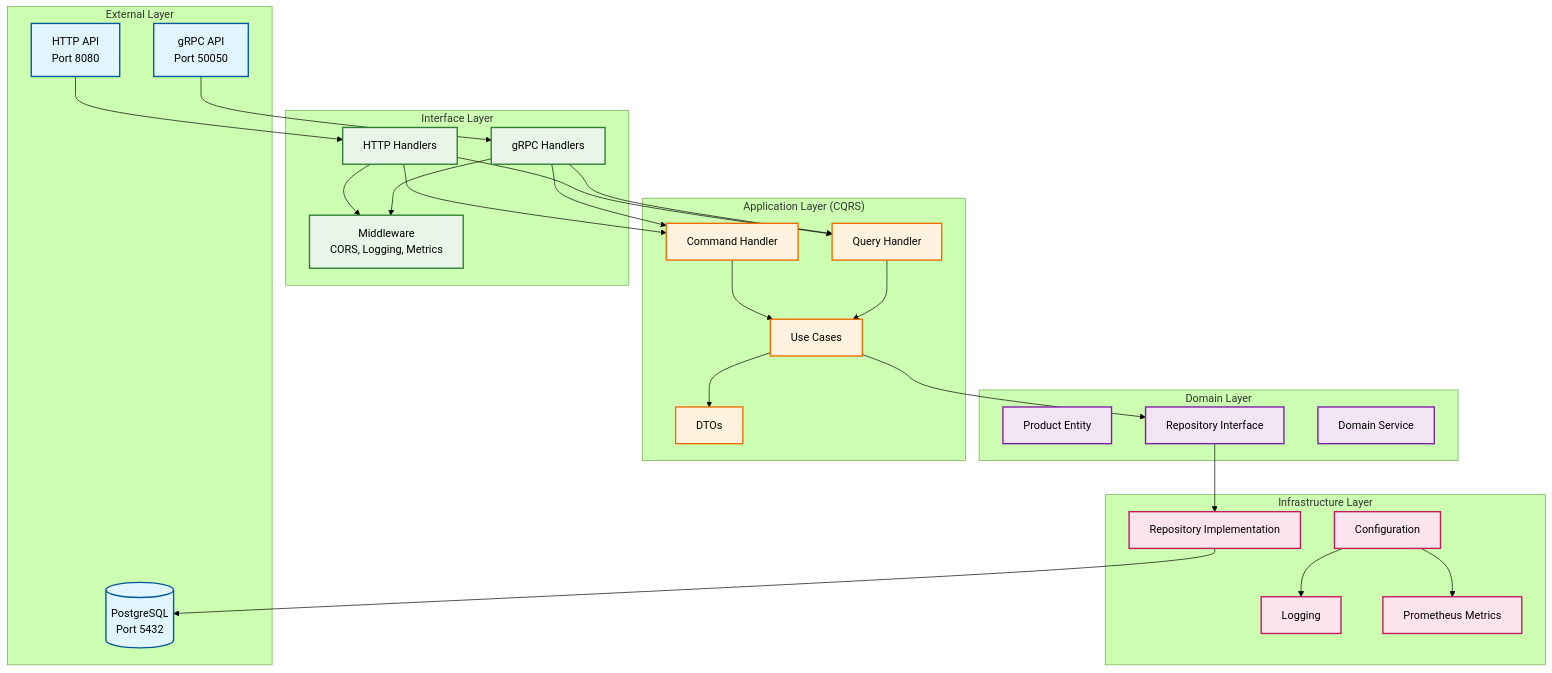
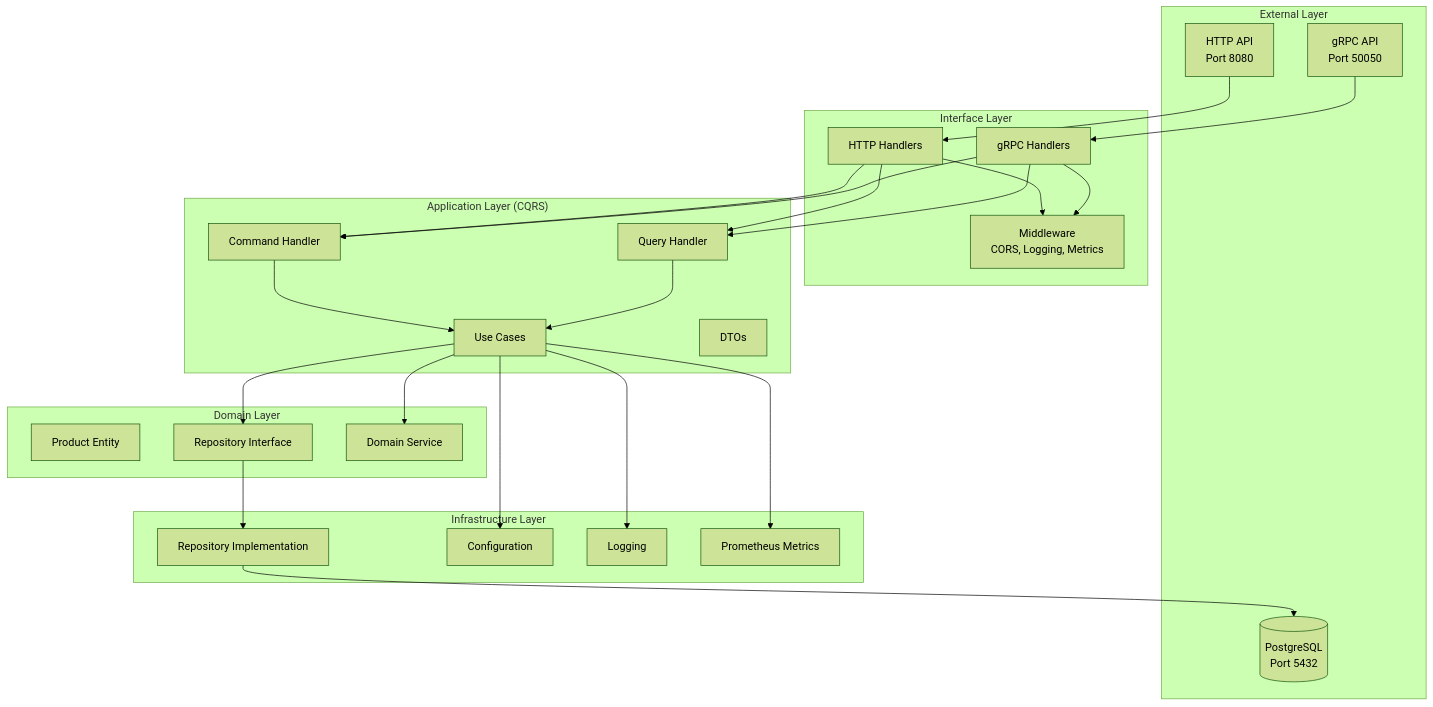
One commit to ozturkeniss/obs-tools-usage changed the second of 3 diagrams in README.md. Above: the diagram before and after it, drawn with Mermaid (forest theme). The commit also changed other lines of this file, not shown here.

First line of the commit message:
Enhance README.md with detailed architecture and API information

````diff
--- a/README.md
+++ b/README.md
@@ -15,67 +31,56 @@
 ```mermaid
 graph TB
     subgraph "External Layer"
         HTTP[HTTP API<br/>Port 8080]
         GRPC[gRPC API<br/>Port 50050]
         DB[(PostgreSQL<br/>Port 5432)]
     end
     
     subgraph "Interface Layer"
         HTTPHandler[HTTP Handlers]
         GRPCHandler[gRPC Handlers]
         Middleware[Middleware<br/>CORS, Logging, Metrics]
     end
     
     subgraph "Application Layer (CQRS)"
         CommandHandler[Command Handler]
         QueryHandler[Query Handler]
         UseCase[Use Cases]
         DTO[DTOs]
     end
     
     subgraph "Domain Layer"
         Entity[Product Entity]
         Repository[Repository Interface]
         DomainService[Domain Service]
     end
     
     subgraph "Infrastructure Layer"
         RepoImpl[Repository Implementation]
         Config[Configuration]
         Logger[Logging]
         Metrics[Prometheus Metrics]
     end
     
     HTTP --> HTTPHandler
     GRPC --> GRPCHandler
     HTTPHandler --> Middleware
     GRPCHandler --> Middleware
     
     HTTPHandler --> CommandHandler
     HTTPHandler --> QueryHandler
     GRPCHandler --> CommandHandler
     GRPCHandler --> QueryHandler
     
     CommandHandler --> UseCase
     QueryHandler --> UseCase
-    UseCase --> DTO
     UseCase --> Repository
+    UseCase --> DomainService
     
     Repository --> RepoImpl
     RepoImpl --> DB
     
-    Config --> Logger
-    Config --> Metrics
-    
-    classDef external fill:#e1f5fe,stroke:#01579b,stroke-width:2px
-    classDef interface fill:#e8f5e8,stroke:#2e7d32,stroke-width:2px
-    classDef application fill:#fff3e0,stroke:#ef6c00,stroke-width:2px
-    classDef domain fill:#f3e5f5,stroke:#7b1fa2,stroke-width:2px
-    classDef infrastructure fill:#fce4ec,stroke:#c2185b,stroke-width:2px
-    
-    class HTTP,GRPC,DB external
-    class HTTPHandler,GRPCHandler,Middleware interface
-    class CommandHandler,QueryHandler,UseCase,DTO application
-    class Entity,Repository,DomainService domain
-    class RepoImpl,Config,Logger,Metrics infrastructure
+    UseCase --> Config
+    UseCase --> Logger
+    UseCase --> Metrics
 ```
````
